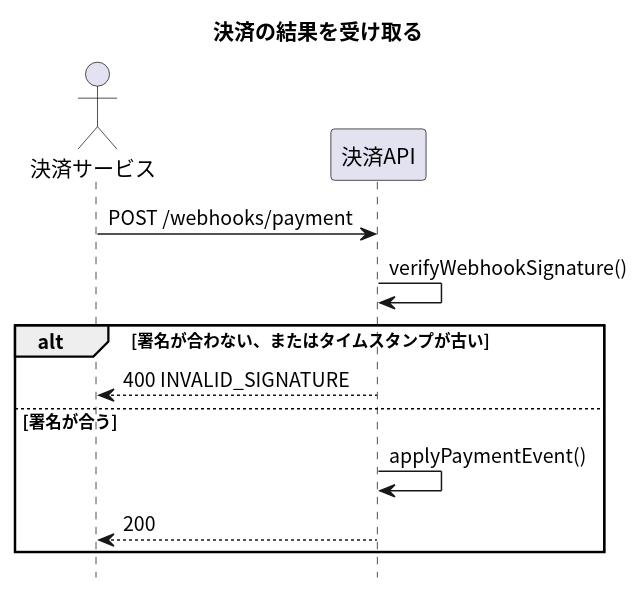
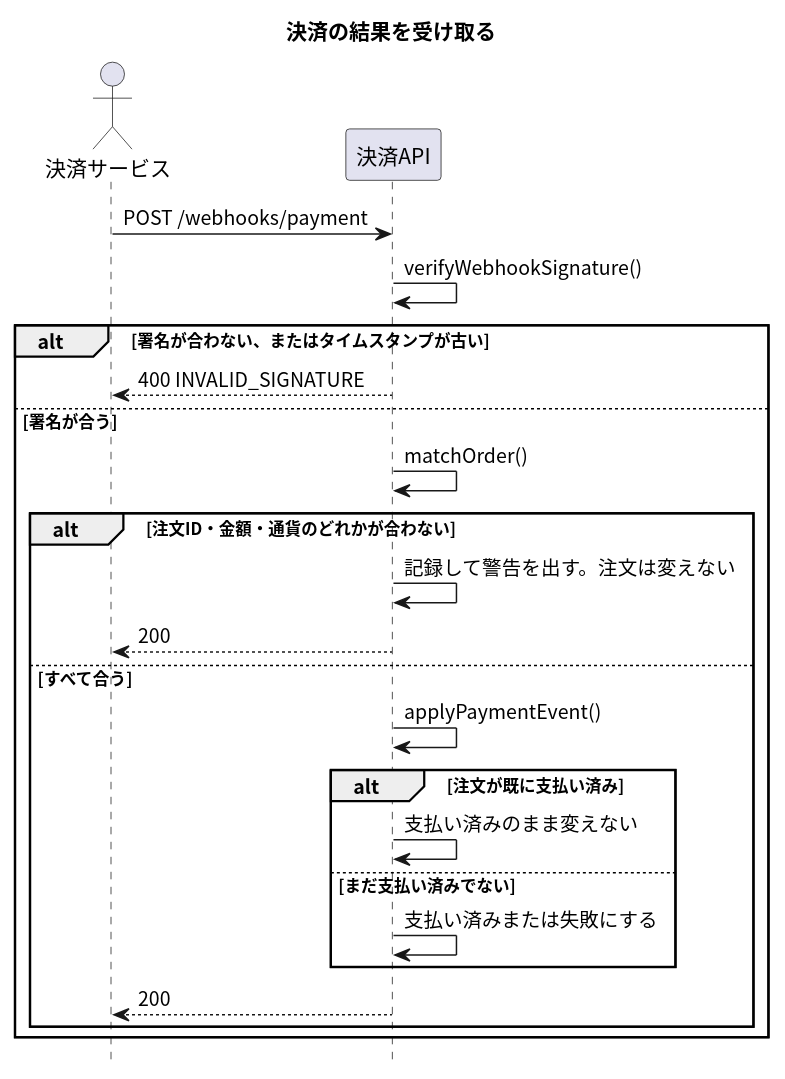
The diagram in apis/payment-webhook/入口.puml (masamasamasato/design-doc-template), drawn with PlantUML before and after one commit. The commit also changed 57 other files, not shown here.

```diff
--- a/apis/payment-webhook/入口.puml
+++ b/apis/payment-webhook/入口.puml
@@ -1,20 +1,31 @@
 @startuml
 skinparam shadowing false
 skinparam defaultFontName "Noto Sans CJK JP"
 skinparam SequenceFontName "Noto Sans CJK JP"
 hide footbox
 
 title 決済の結果を受け取る
 
 actor "決済サービス" as PSP
 participant "決済API" as API
 
 PSP -> API : POST /webhooks/payment
 API -> API : verifyWebhookSignature()
 alt 署名が合わない、またはタイムスタンプが古い
   API --> PSP : 400 INVALID_SIGNATURE
 else 署名が合う
-  API -> API : applyPaymentEvent()
-  API --> PSP : 200
+  API -> API : matchOrder()
+  alt 注文ID・金額・通貨のどれかが合わない
+    API -> API : 記録して警告を出す。注文は変えない
+    API --> PSP : 200
+  else すべて合う
+    API -> API : applyPaymentEvent()
+    alt 注文が既に支払い済み
+      API -> API : 支払い済みのまま変えない
+    else まだ支払い済みでない
+      API -> API : 支払い済みまたは失敗にする
+    end
+    API --> PSP : 200
+  end
 end
 @enduml
```
